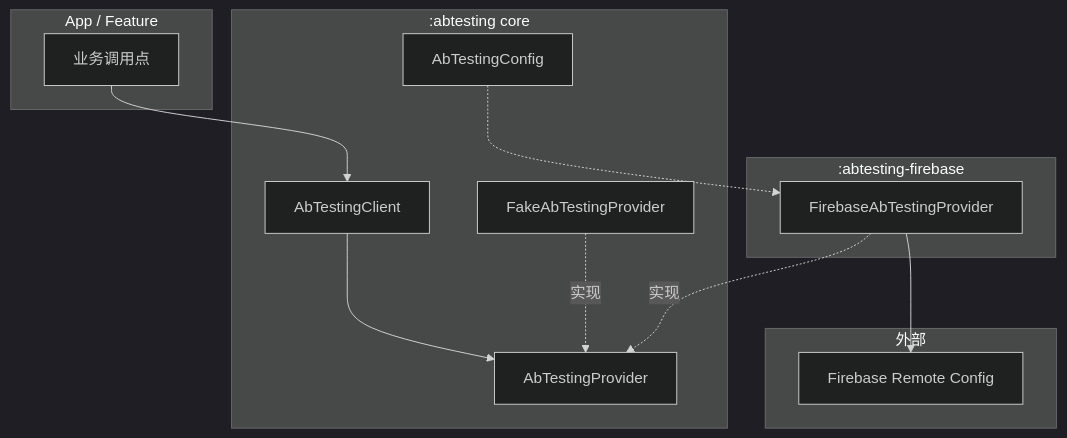
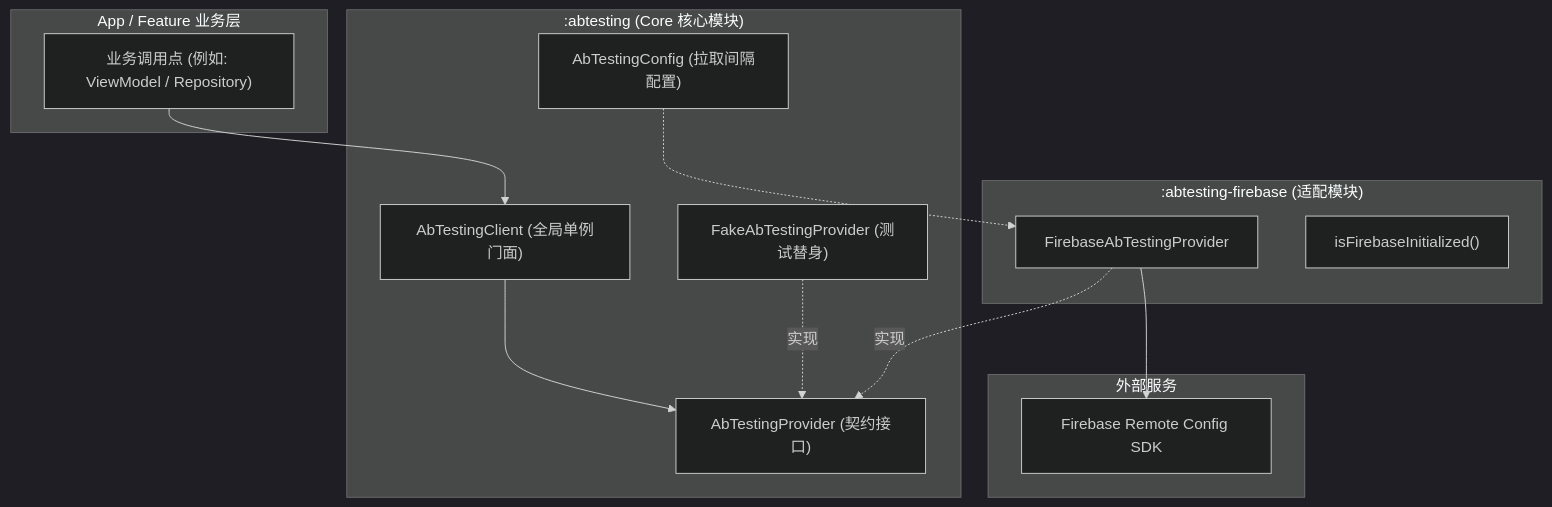
One commit to e-hai/AbTestingKit-Android changed the first of 2 diagrams in README.md. Above: the diagram before and after it, drawn with Mermaid (dark theme). The commit also changed other lines of this file and 2 other files, not shown here.

````diff
--- a/README.md
+++ b/README.md
@@ -7,28 +14,29 @@
 ```mermaid
 flowchart TB
-  subgraph app [App / Feature]
-    CallSites["业务调用点"]
+  subgraph app [App / Feature 业务层]
+    CallSites["业务调用点 (例如: ViewModel / Repository)"]
   end
 
-  subgraph core [":abtesting core"]
-    Client["AbTestingClient"]
-    Provider["AbTestingProvider"]
-    Fake["FakeAbTestingProvider"]
-    Config["AbTestingConfig"]
+  subgraph core [":abtesting (Core 核心模块)"]
+    Client["AbTestingClient (全局单例门面)"]
+    Provider["AbTestingProvider (契约接口)"]
+    Fake["FakeAbTestingProvider (测试替身)"]
+    Config["AbTestingConfig (拉取间隔配置)"]
   end
 
-  subgraph firebaseMod [":abtesting-firebase"]
+  subgraph firebaseMod [":abtesting-firebase (适配模块)"]
     FirebaseProvider["FirebaseAbTestingProvider"]
+    FirebaseAvail["isFirebaseInitialized()"]
   end
 
-  subgraph external [外部]
-    FRC["Firebase Remote Config"]
+  subgraph external [外部服务]
+    FRC["Firebase Remote Config SDK"]
   end
 
   CallSites --> Client
   Client --> Provider
   Fake -.实现.-> Provider
   FirebaseProvider -.实现.-> Provider
   FirebaseProvider --> FRC
   Config -.-> FirebaseProvider
 ```
````
